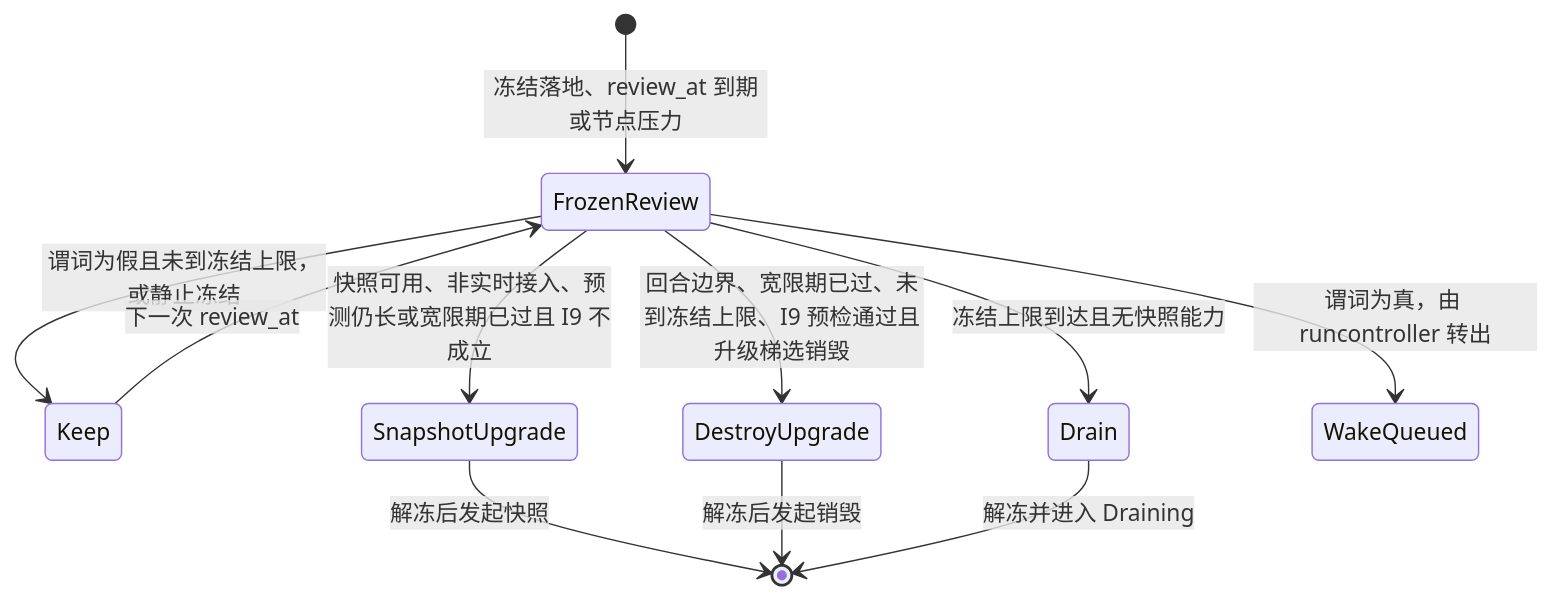
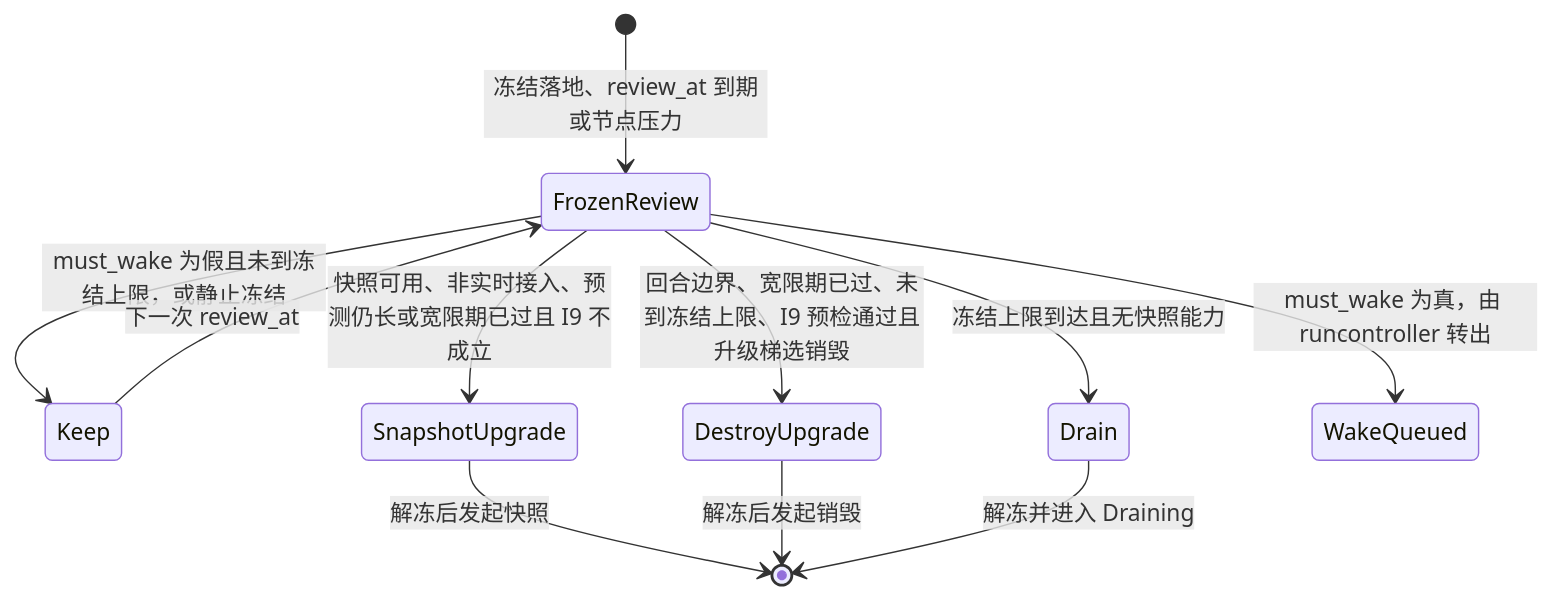
One commit to wangzw/castworks changed the second of 3 diagrams in docs/design/modules/design-suspendpolicy.md. Above: the diagram before and after it, drawn with Mermaid. The commit also changed other lines of this file and 13 other files, not shown here.

````diff
--- a/docs/design/modules/design-suspendpolicy.md
+++ b/docs/design/modules/design-suspendpolicy.md
@@ -211,13 +211,13 @@
 ```mermaid
 stateDiagram-v2
     [*] --> FrozenReview: 冻结落地、review_at 到期或节点压力
-    FrozenReview --> Keep: 谓词为假且未到冻结上限，或静止冻结
+    FrozenReview --> Keep: must_wake 为假且未到冻结上限，或静止冻结
     FrozenReview --> SnapshotUpgrade: 快照可用、非实时接入、预测仍长或宽限期已过且 I9 不成立
     FrozenReview --> DestroyUpgrade: 回合边界、宽限期已过、未到冻结上限、I9 预检通过且升级梯选销毁
     FrozenReview --> Drain: 冻结上限到达且无快照能力
-    FrozenReview --> WakeQueued: 谓词为真，由 runcontroller 转出
+    FrozenReview --> WakeQueued: must_wake 为真，由 runcontroller 转出
     Keep --> FrozenReview: 下一次 review_at
     SnapshotUpgrade --> [*]: 解冻后发起快照
     DestroyUpgrade --> [*]: 解冻后发起销毁
     Drain --> [*]: 解冻并进入 Draining
 ```
````
